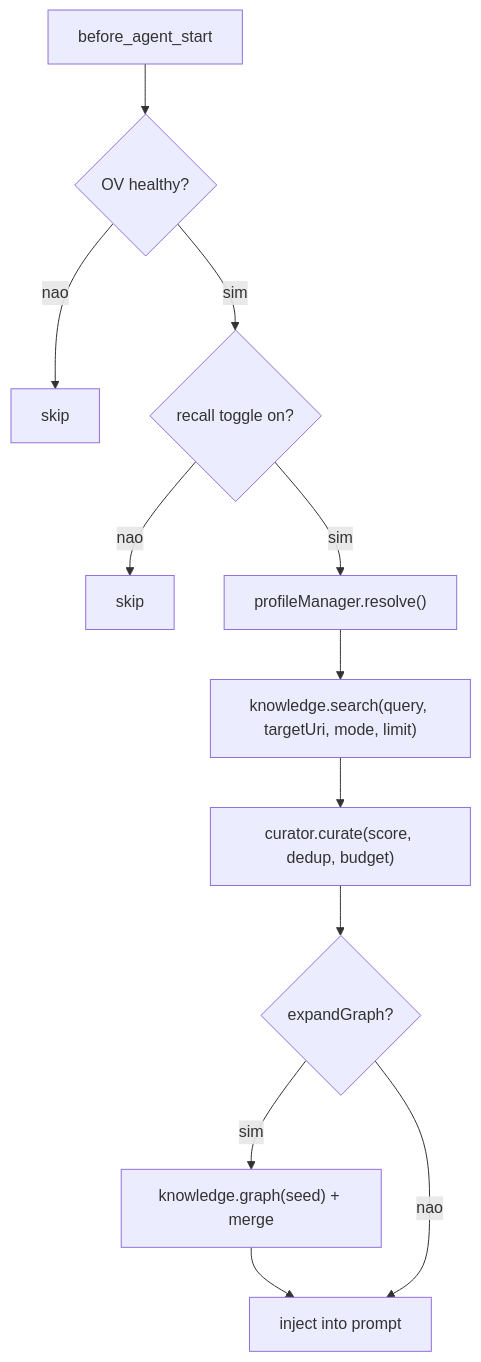
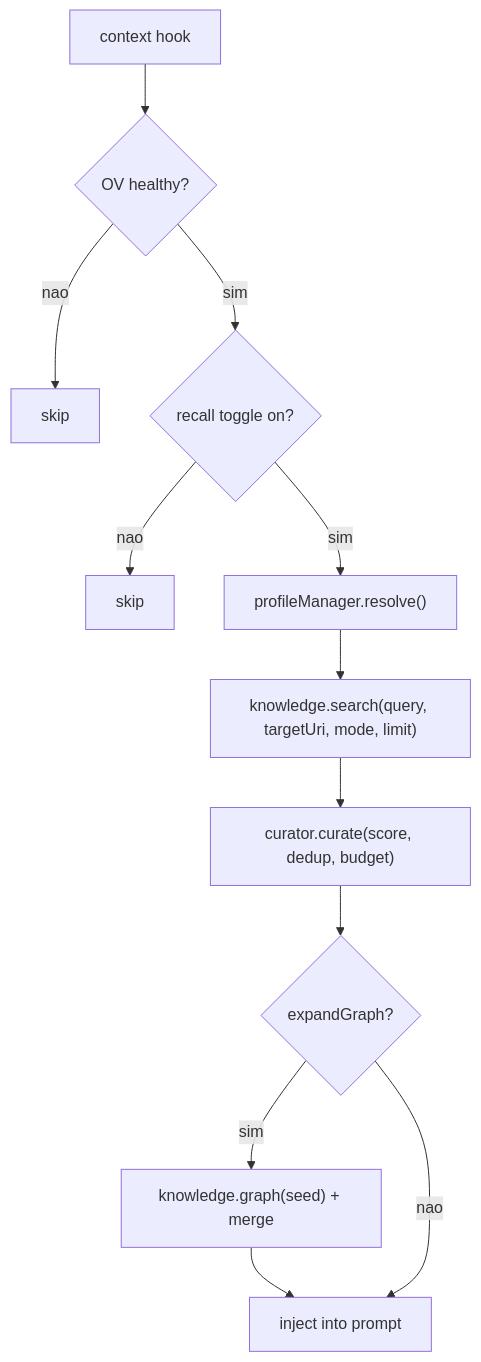
The second of 3 diagrams in docs/01-ARQUITETURA.md (4cya/pi-openviking), drawn with Mermaid before and after one commit. The commit also changed other lines of this file and 9 other files, not shown here.

````diff
--- a/docs/01-ARQUITETURA.md
+++ b/docs/01-ARQUITETURA.md
@@ -436,14 +436,14 @@
 ```mermaid
 flowchart TD
-    A["before_agent_start"] --> B{"OV healthy?"}
+    A["context hook"] --> B{"OV healthy?"}
     B -->|"nao"| C["skip"]
     B -->|"sim"| D{"recall toggle on?"}
     D -->|"nao"| E["skip"]
     D -->|"sim"| F["profileManager.resolve()"]
     F --> G["knowledge.search(query, targetUri, mode, limit)"]
     G --> H["curator.curate(score, dedup, budget)"]
     H --> I{"expandGraph?"}
     I -->|"sim"| J["knowledge.graph(seed) + merge"]
     J --> K["inject <relevant-memories> into prompt"]
     I -->|"nao"| K
 ```
````
